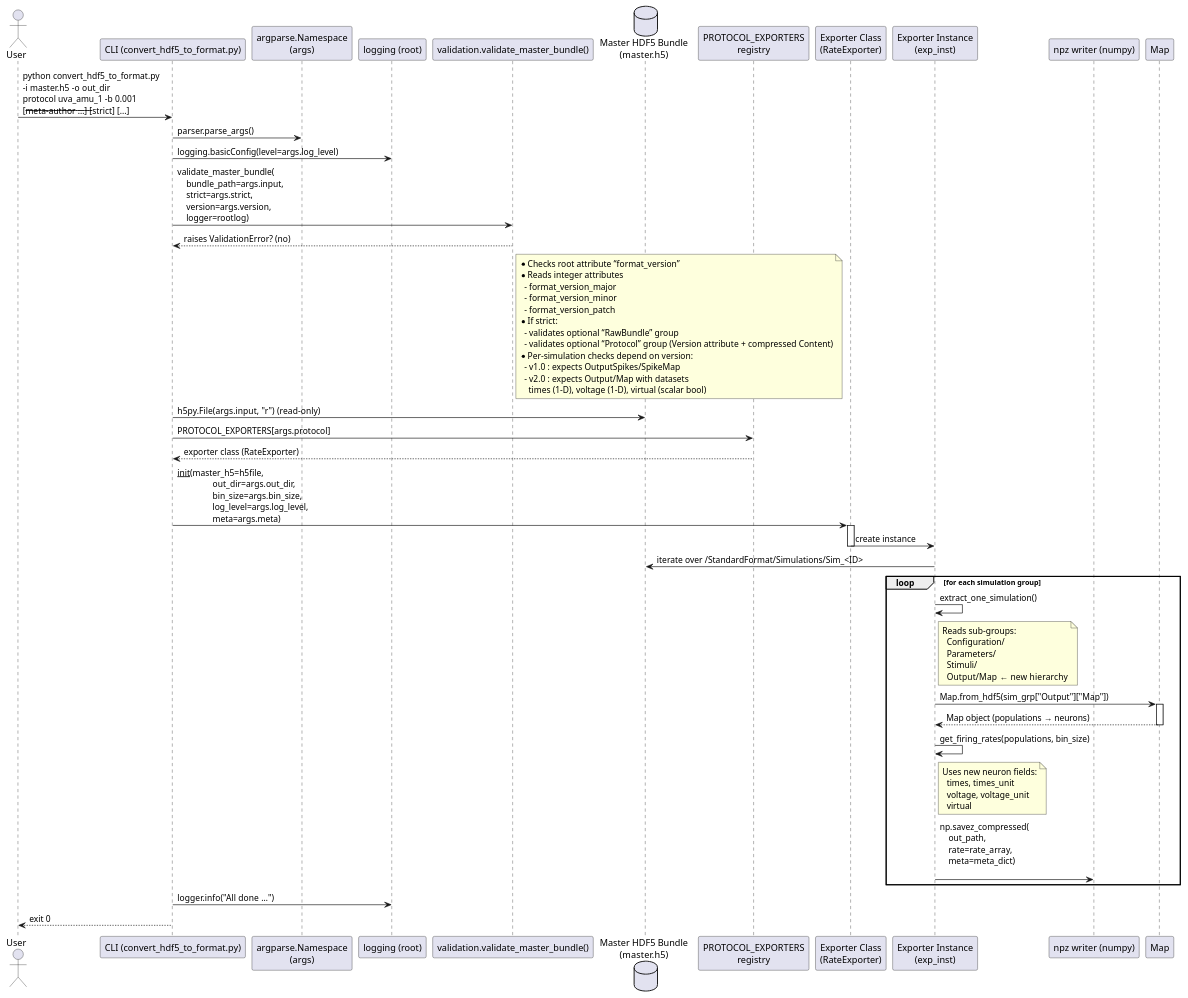
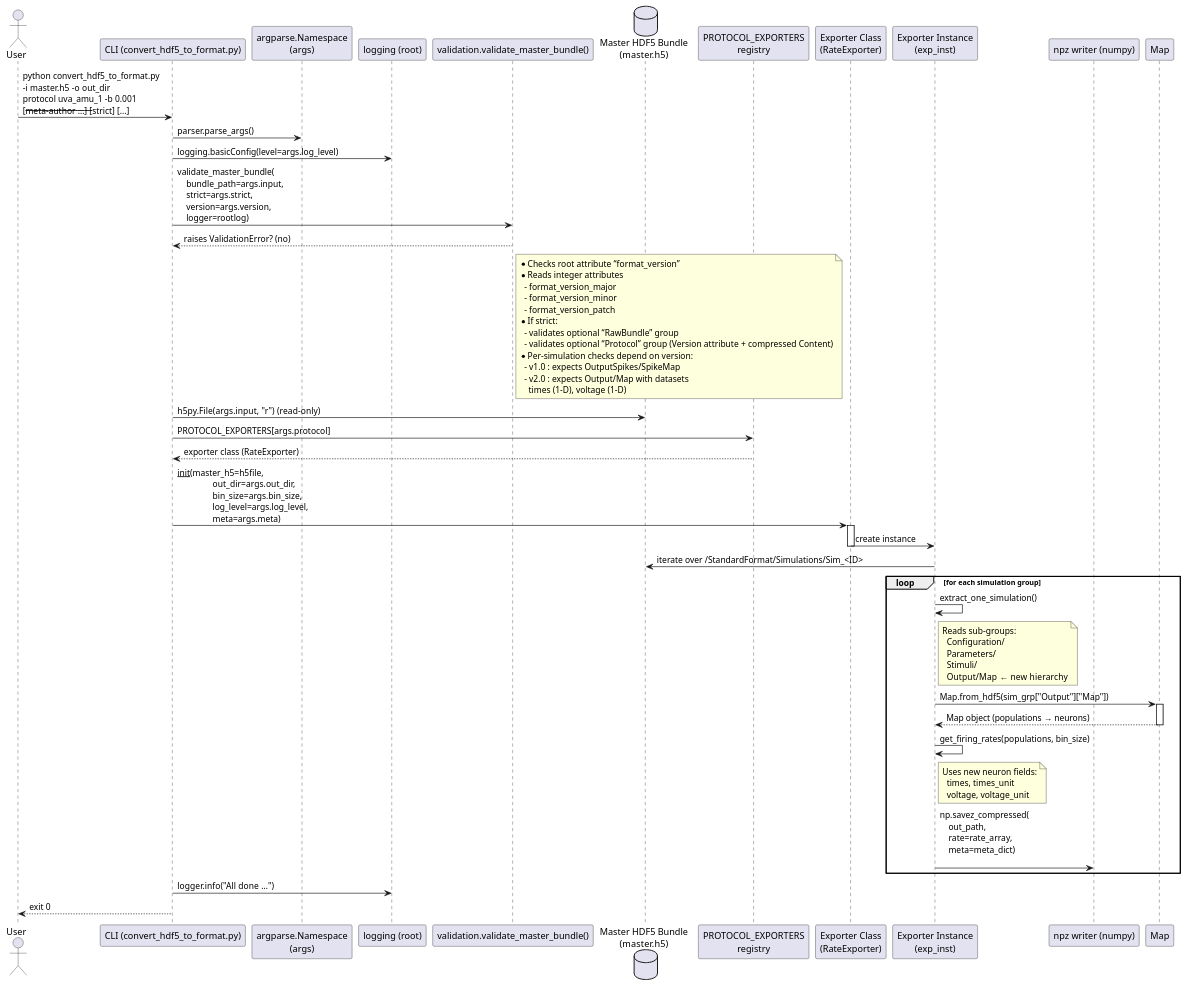
Before and after one commit to virtual-brain-twins/vbt-converter: the diagram in docs/sd_hdf5_to_protocol_format.puml, drawn with PlantUML. The commit also changed 21 other files, not shown here.

First line of the commit message:
feat: add RateVoltageExporter for firing‑rate & voltage extraction and deprecate virtual neuron field

```diff
--- a/docs/sd_hdf5_to_protocol_format.puml
+++ b/docs/sd_hdf5_to_protocol_format.puml
@@ -1,84 +1,83 @@
 @startuml sd_hdf5_to_protocol_format
 ' Participants ---------------------------------------------------------------
 actor User as u
 participant "CLI (convert_hdf5_to_format.py)" as cli
 participant "argparse.Namespace\n(args)" as args
 participant "logging (root)" as rootlog
 participant "validation.validate_master_bundle()" as validator
 database "Master HDF5 Bundle\n(master.h5)" as h5file
 participant "PROTOCOL_EXPORTERS\nregistry" as exporter_reg
 participant "Exporter Class\n(RateExporter)" as exporter
 participant "Exporter Instance\n(exp_inst)" as exp_inst
 participant "npz writer (numpy)" as npz
 
 ' 1️⃣  Argument parsing & logging -------------------------------------------
 u -> cli : python convert_hdf5_to_format.py \n-i master.h5 -o out_dir \nprotocol uva_amu_1 -b 0.001 \n[--meta‑author …] [--strict] [...]
 cli -> args : parser.parse_args()
 cli -> rootlog : logging.basicConfig(level=args.log_level)
 
 ' 2️⃣  Validation (strict mode controls optional groups) --------------------
 cli -> validator : validate_master_bundle(\n    bundle_path=args.input,\n    strict=args.strict,\n    version=args.version,\n    logger=rootlog)
 validator --> cli : raises ValidationError? (no)
 
 '   Validation internals (shown as notes for clarity) ------------------------
 note right of validator
   * Checks root attribute “format_version”
   * Reads integer attributes
     - format_version_major
     - format_version_minor
     - format_version_patch
   * If strict:
     – validates optional “RawBundle” group
     – validates optional “Protocol” group (Version attribute + compressed Content)
   * Per‑simulation checks depend on version:
     – v1.0 : expects OutputSpikes/SpikeMap
     – v2.0 : expects Output/Map with datasets
-      times (1‑D), voltage (1‑D), virtual (scalar bool)
+      times (1‑D), voltage (1‑D)
 end note
 
 ' 3️⃣  Open the HDF5 file ----------------------------------------------------
 cli -> h5file : h5py.File(args.input, "r")  (read‑only)
 
 ' 4️⃣  Resolve the exporter -------------------------------------------------
 cli -> exporter_reg : PROTOCOL_EXPORTERS[args.protocol]
 exporter_reg --> cli : exporter class (RateExporter)
 
 ' 5️⃣  Initialise the exporter (bin‑size, log‑level, metadata…) -------------
 cli -> exporter : __init__(master_h5=h5file,\n                out_dir=args.out_dir,\n                bin_size=args.bin_size,\n                log_level=args.log_level,\n                meta=args.meta)
 activate exporter
 exporter -> exp_inst : create instance
 deactivate exporter
 
 ' 6️⃣  Exporter reads every simulation ---------------------------------------
 exp_inst -> h5file : iterate over /StandardFormat/Simulations/Sim_<ID>
 loop for each simulation group
     exp_inst -> exp_inst : extract_one_simulation()
     note right of exp_inst
       Reads sub‑groups:
         Configuration/
         Parameters/
         Stimuli/
         Output/Map   ← new hierarchy
     end note
     exp_inst -> Map : Map.from_hdf5(sim_grp["Output"]["Map"])
     activate Map
     Map --> exp_inst : Map object (populations → neurons)
     deactivate Map
 
     ' 7️⃣  Convert spike/voltage data to firing‑rate bins --------------------
     exp_inst -> exp_inst : get_firing_rates(populations, bin_size)
     note right of exp_inst
       Uses new neuron fields:
         times, times_unit
         voltage, voltage_unit
-        virtual
     end note
 
     ' 8️⃣  Write numpy‑compressed output ------------------------------------
     exp_inst -> npz : np.savez_compressed(\n    out_path,\n    rate=rate_array,\n    meta=meta_dict)\n
 end
 
 ' 9️⃣  Finish ---------------------------------------------------------------
 cli -> rootlog : logger.info("All done …")
 cli --> u : exit 0
 @enduml
```
